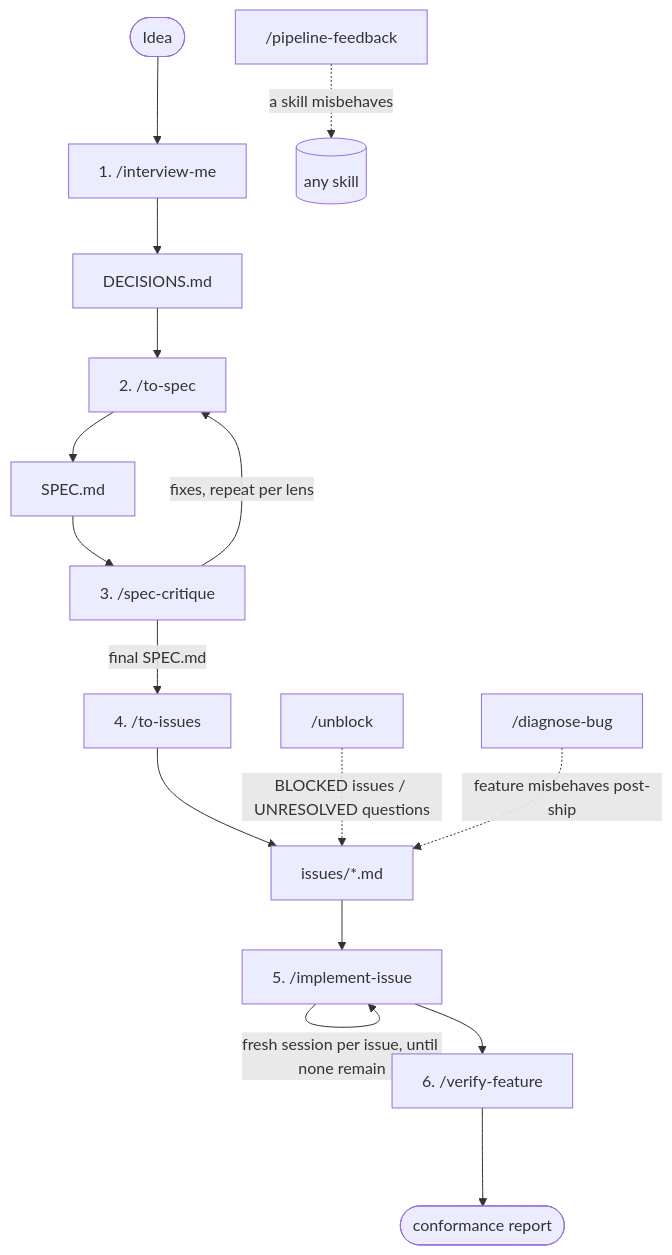
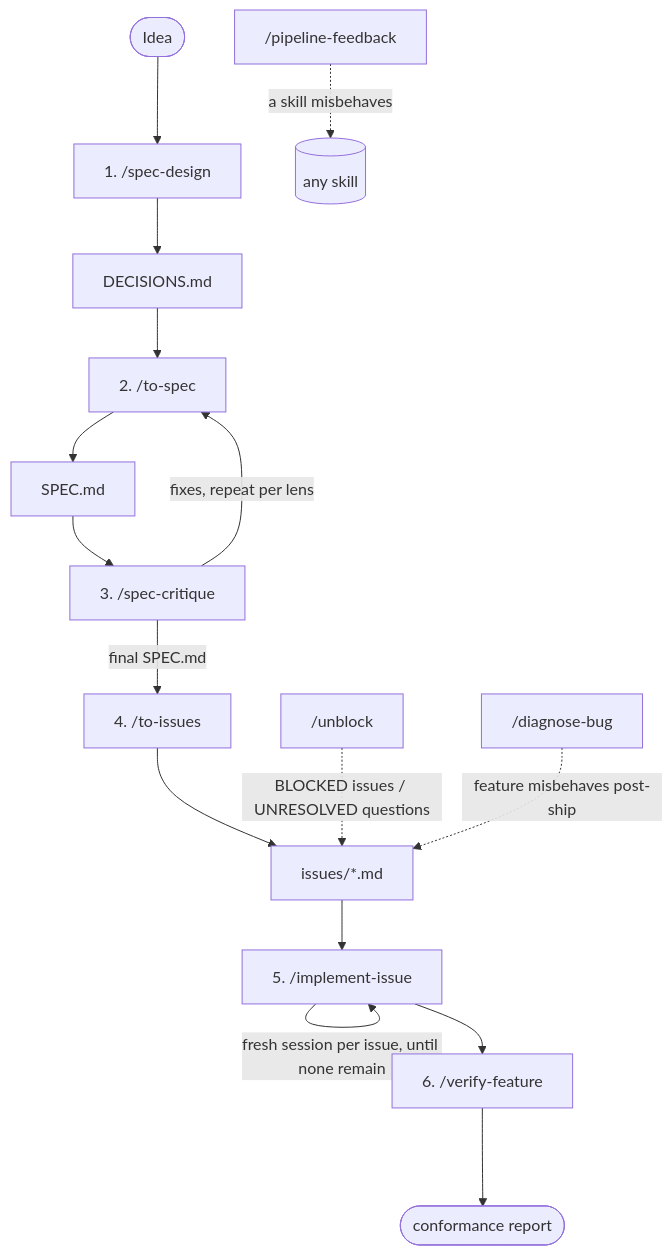
One commit to tdl-jturner/sdd-for-the-weak changed the diagram in README.md. Above: the diagram before and after it, drawn with Mermaid. The commit also changed other lines of this file and 7 other files, not shown here.

First line of the commit message:
Decompose the interview: interview-me is now the generic engine, spec-design binds it to specs/

````diff
--- a/README.md
+++ b/README.md
@@ -14,19 +14,19 @@
 ```mermaid
 flowchart TD
-    Idea([Idea]) --> S1["1. /interview-me"]
+    Idea([Idea]) --> S1["1. /spec-design"]
     S1 --> D[DECISIONS.md]
     D --> S2["2. /to-spec"]
     S2 --> SPEC[SPEC.md]
     SPEC --> S3["3. /spec-critique"]
     S3 -- fixes, repeat per lens --> S2
     S3 -- final SPEC.md --> S4["4. /to-issues"]
     S4 --> ISSUES["issues/*.md"]
     ISSUES --> S5["5. /implement-issue"]
     S5 -- fresh session per issue, until none remain --> S5
     S5 --> S6["6. /verify-feature"]
     S6 --> CONF([conformance report])
 
     UB["/unblock"] -.->|BLOCKED issues / UNRESOLVED questions| ISSUES
     DB["/diagnose-bug"] -.->|feature misbehaves post-ship| ISSUES
     PF["/pipeline-feedback"] -.->|a skill misbehaves| SKILLS[(any skill)]
 ```
````
